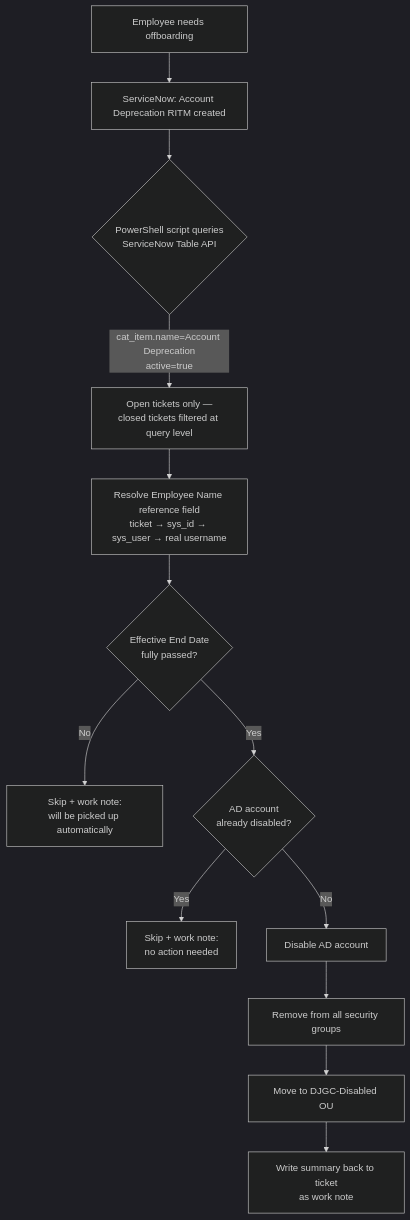
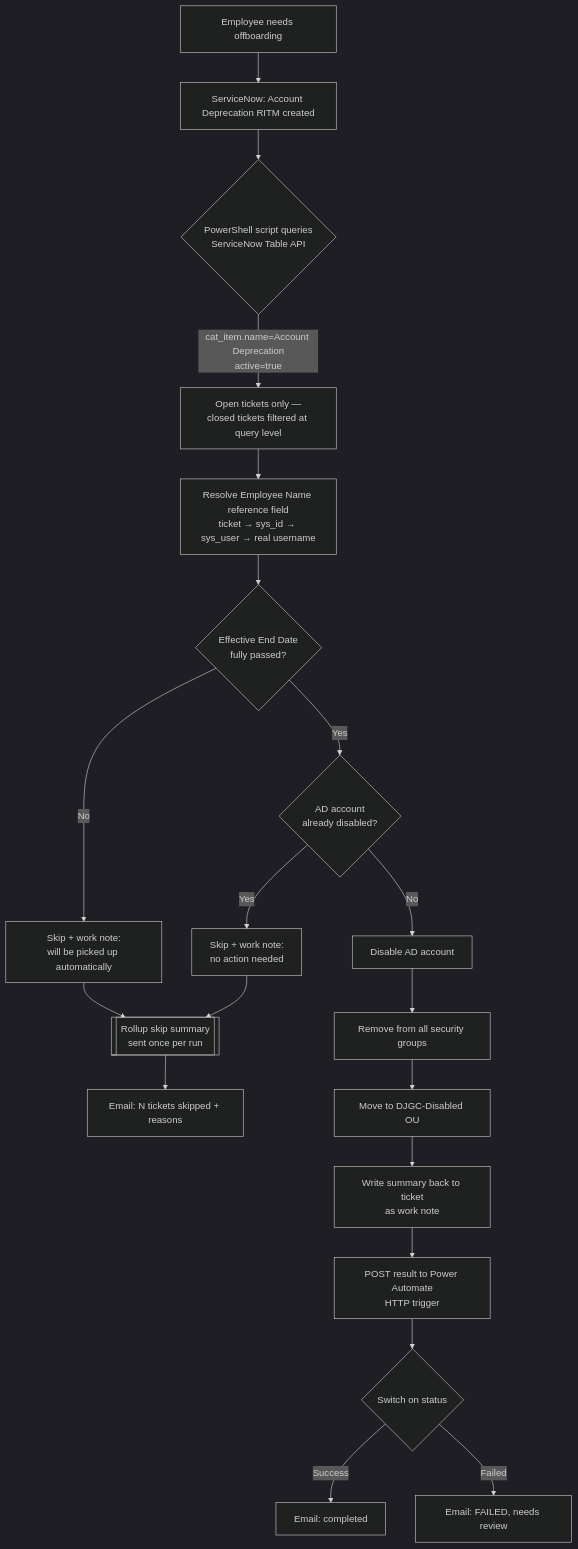
The diagram in README.md (dgadhavi0704/DJGC-Enterprise-AD-Servicenow-Integration), drawn with Mermaid (dark theme) before and after one commit. The commit also changed other lines of this file and 2 other files, not shown here.

Commit message:
Add Power Automate notification layer with Success/Failed/Skipped routing

````diff
--- a/README.md
+++ b/README.md
@@ -13,15 +13,22 @@
 ```mermaid
 flowchart TD
     A[Employee needs offboarding] --> B[ServiceNow: Account Deprecation RITM created]
     B --> C{PowerShell script queries<br/>ServiceNow Table API}
     C -->|cat_item.name=Account Deprecation<br/>active=true| D[Open tickets only —<br/>closed tickets filtered at query level]
     D --> E[Resolve Employee Name reference field<br/>ticket → sys_id → sys_user → real username]
     E --> F{Effective End Date<br/>fully passed?}
     F -->|No| G[Skip + work note:<br/>will be picked up automatically]
     F -->|Yes| H{AD account<br/>already disabled?}
     H -->|Yes| I[Skip + work note:<br/>no action needed]
     H -->|No| J[Disable AD account]
     J --> K[Remove from all security groups]
     K --> L[Move to DJGC-Disabled OU]
     L --> M[Write summary back to ticket<br/>as work note]
+    M --> N[POST result to Power Automate<br/>HTTP trigger]
+    G --> O[[Rollup skip summary<br/>sent once per run]]
+    I --> O
+    N --> P{Switch on status}
+    P -->|Success| Q[Email: completed]
+    P -->|Failed| R[Email: FAILED, needs review]
+    O --> S[Email: N tickets skipped + reasons]
 ```
````
